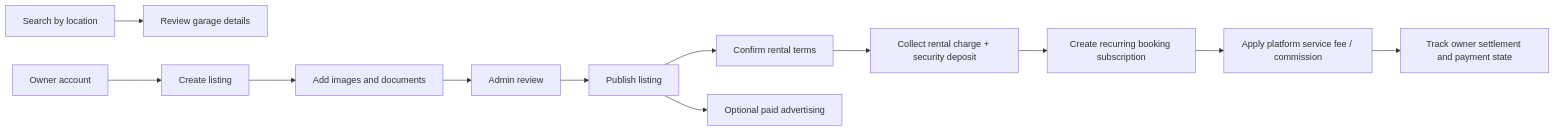
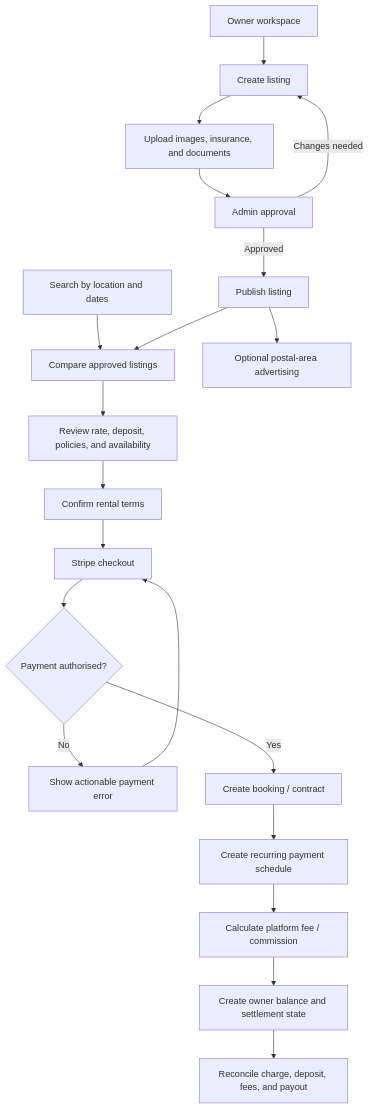
The diagram in README.md (kajolmehra/autolane-garage-marketplace), drawn with Mermaid before and after one commit. The commit also changed other lines of this file and 1 other file, not shown here.

````diff
--- a/README.md
+++ b/README.md
@@ -44,14 +46,23 @@
 ```mermaid
-flowchart LR
-    Search[Search by location] --> Details[Review garage details]
-    Owner[Owner account] --> Create[Create listing]
-    Create --> Upload[Add images and documents]
-    Upload --> Review[Admin review]
-    Review --> Publish[Publish listing]
-    Publish --> Booking[Confirm rental terms]
-    Booking --> Charge[Collect rental charge + security deposit]
-    Charge --> Subscription[Create recurring booking subscription]
-    Subscription --> Fee[Apply platform service fee / commission]
-    Fee --> Settlement[Track owner settlement and payment state]
-    Publish --> Promote[Optional paid advertising]
+flowchart TB
+    Renter[Search by location and dates] --> Listings[Compare approved listings]
+    Listings --> Details[Review rate, deposit, policies, and availability]
+    Details --> Terms[Confirm rental terms]
+    Terms --> Checkout[Stripe checkout]
+    Checkout --> Payment{Payment authorised?}
+    Payment -->|No| Retry[Show actionable payment error]
+    Retry --> Checkout
+    Payment -->|Yes| Booking[Create booking / contract]
+    Booking --> Subscription[Create recurring payment schedule]
+    Subscription --> Fee[Calculate platform fee / commission]
+    Fee --> OwnerBalance[Create owner balance and settlement state]
+    OwnerBalance --> Reconcile[Reconcile charge, deposit, fees, and payout]
+
+    Owner[Owner workspace] --> Create[Create listing]
+    Create --> Documents[Upload images, insurance, and documents]
+    Documents --> Review[Admin approval]
+    Review -->|Approved| Publish[Publish listing]
+    Review -->|Changes needed| Create
+    Publish --> Listings
+    Publish --> Promote[Optional postal-area advertising]
 ```
````
